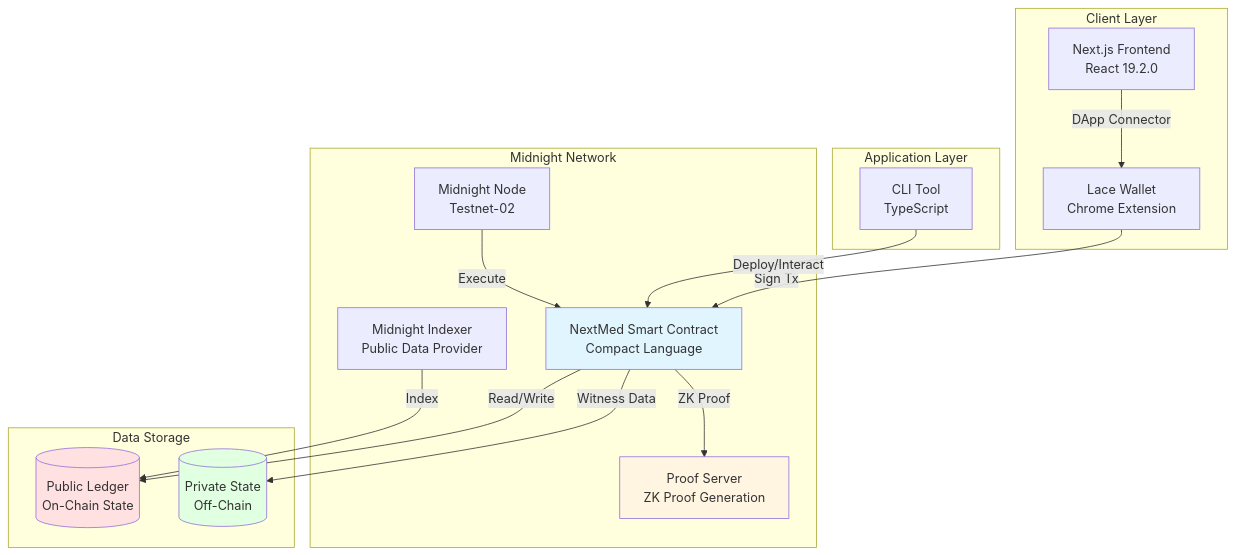
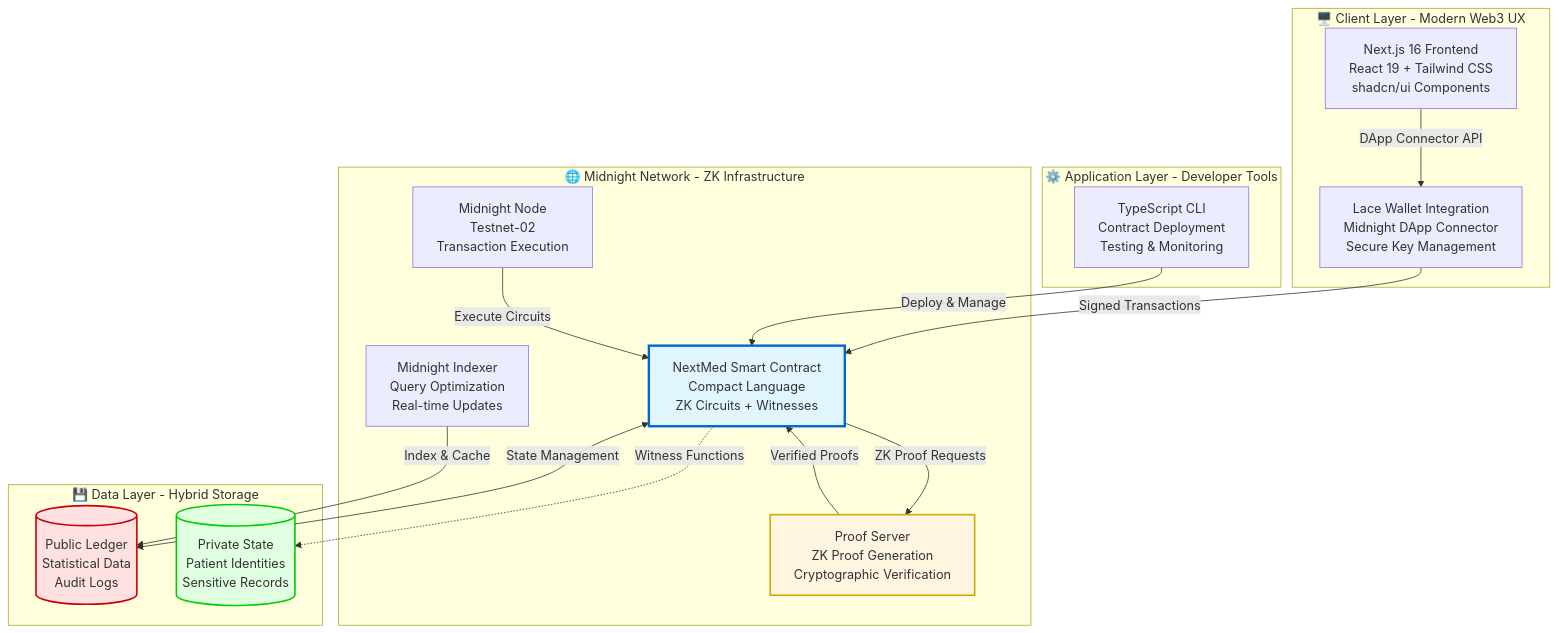
Before and after one commit to mashharuki/Main: the second of 5 diagrams in README.md, drawn with Mermaid. The commit also changed other lines of this file, not shown here.

````diff
--- a/README.md
+++ b/README.md
@@ -46,37 +98,38 @@
 ```mermaid
 graph TB
-    subgraph "Client Layer"
-        FE[Next.js Frontend<br/>React 19.2.0]
-        Wallet[Lace Wallet<br/>Chrome Extension]
+    subgraph "🖥️ Client Layer - Modern Web3 UX"
+        FE[Next.js 16 Frontend<br/>React 19 + Tailwind CSS<br/>shadcn/ui Components]
+        Wallet[Lace Wallet Integration<br/>Midnight DApp Connector<br/>Secure Key Management]
     end
     
-    subgraph "Application Layer"
-        CLI[CLI Tool<br/>TypeScript]
+    subgraph "⚙️ Application Layer - Developer Tools"
+        CLI[TypeScript CLI<br/>Contract Deployment<br/>Testing & Monitoring]
     end
     
-    subgraph "Midnight Network"
-        Contract[NextMed Smart Contract<br/>Compact Language]
-        Indexer[Midnight Indexer<br/>Public Data Provider]
-        Node[Midnight Node<br/>Testnet-02]
-        ProofServer[Proof Server<br/>ZK Proof Generation]
+    subgraph "🌐 Midnight Network - ZK Infrastructure"
+        Contract[NextMed Smart Contract<br/>Compact Language<br/>ZK Circuits + Witnesses]
+        Indexer[Midnight Indexer<br/>Query Optimization<br/>Real-time Updates]
+        Node[Midnight Node<br/>Testnet-02<br/>Transaction Execution]
+        ProofServer[Proof Server<br/>ZK Proof Generation<br/>Cryptographic Verification]
     end
     
-    subgraph "Data Storage"
-        Ledger[(Public Ledger<br/>On-Chain State)]
-        Private[(Private State<br/>Off-Chain)]
+    subgraph "💾 Data Layer - Hybrid Storage"
+        Ledger[(Public Ledger<br/>Statistical Data<br/>Audit Logs)]
+        Private[(Private State<br/>Patient Identities<br/>Sensitive Records)]
     end
     
-    FE -->|DApp Connector| Wallet
-    Wallet -->|Sign Tx| Contract
-    CLI -->|Deploy/Interact| Contract
-    Contract -->|Read/Write| Ledger
-    Contract -->|ZK Proof| ProofServer
-    Contract -->|Witness Data| Private
-    Indexer -->|Index| Ledger
-    Node -->|Execute| Contract
+    FE -->|DApp Connector API| Wallet
+    Wallet -->|Signed Transactions| Contract
+    CLI -->|Deploy & Manage| Contract
+    Contract <-->|State Management| Ledger
+    Contract -->|ZK Proof Requests| ProofServer
+    ProofServer -->|Verified Proofs| Contract
+    Contract -.->|Witness Functions| Private
+    Indexer -->|Index & Cache| Ledger
+    Node -->|Execute Circuits| Contract
     
-    style Contract fill:#e1f5ff
-    style Ledger fill:#ffe1e1
-    style Private fill:#e1ffe1
-    style ProofServer fill:#fff5e1
+    style Contract fill:#e1f5ff,stroke:#0066cc,stroke-width:3px
+    style Ledger fill:#ffe1e1,stroke:#cc0000,stroke-width:2px
+    style Private fill:#e1ffe1,stroke:#00cc00,stroke-width:2px
+    style ProofServer fill:#fff5e1,stroke:#ccaa00,stroke-width:2px
 ```
````
